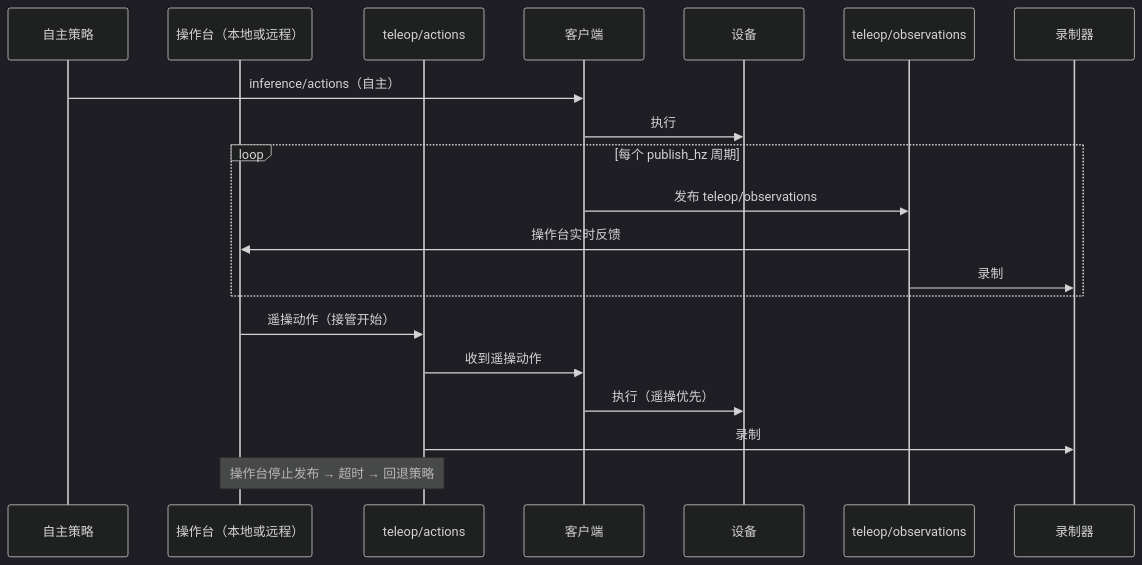
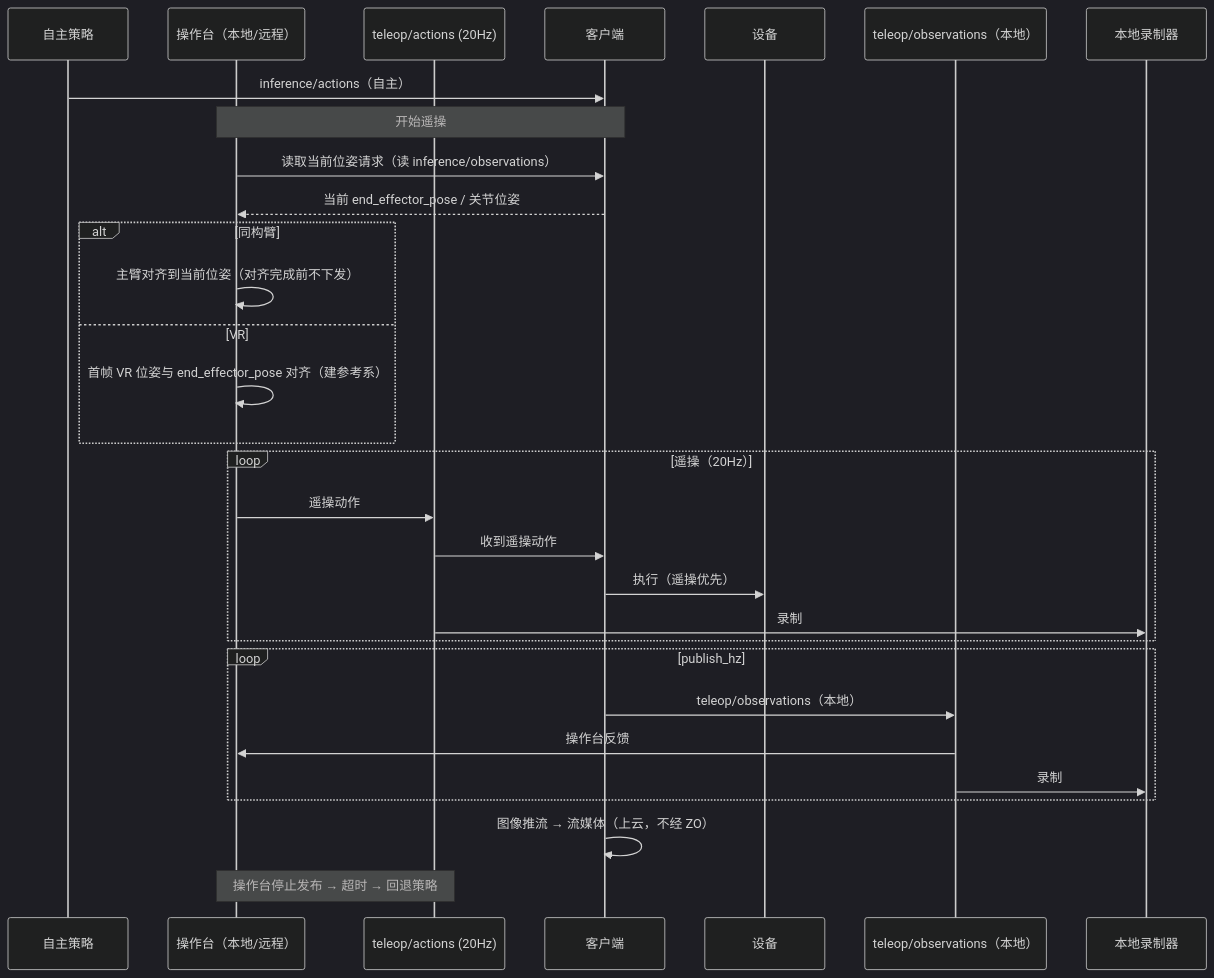
Before and after one commit to vincentguiling/cloudrobo-sdk-client: the diagram in docs/design/r2c-teleop-data-collection-design.md, drawn with Mermaid (dark theme). The commit also changed other lines of this file, not shown here.

Commit message:
docs(design): 遥操与数采 v0.5——teleop/observations 仅本地不上云、图像推拉流、同构臂对齐/VR 相对位姿、20Hz 动作

````diff
--- a/docs/design/r2c-teleop-data-collection-design.md
+++ b/docs/design/r2c-teleop-data-collection-design.md
@@ -123,23 +139,33 @@
 ```mermaid
 sequenceDiagram
     participant P as 自主策略
-    participant O as 操作台（本地或远程）
-    participant ZA as teleop/actions
+    participant O as 操作台（本地/远程）
+    participant ZA as teleop/actions (20Hz)
     participant C as 客户端
     participant F as 设备
-    participant ZO as teleop/observations
-    participant R as 录制器
+    participant ZO as teleop/observations（本地）
+    participant R as 本地录制器
 
     P->>C: inference/actions（自主）
-    C->>F: 执行
-    loop 每个 publish_hz 周期
-        C->>ZO: 发布 teleop/observations
-        ZO->>O: 操作台实时反馈
+    Note over O,C: 开始遥操
+    O->>C: 读取当前位姿请求（读 inference/observations）
+    C-->>O: 当前 end_effector_pose / 关节位姿
+    alt 同构臂
+        O->>O: 主臂对齐到当前位姿（对齐完成前不下发）
+    else VR
+        O->>O: 首帧 VR 位姿与 end_effector_pose 对齐（建参考系）
+    end
+    loop 遥操（20Hz）
+        O->>ZA: 遥操动作
+        ZA->>C: 收到遥操动作
+        C->>F: 执行（遥操优先）
+        ZA->>R: 录制
+    end
+    loop publish_hz
+        C->>ZO: teleop/observations（本地）
+        ZO->>O: 操作台反馈
         ZO->>R: 录制
     end
-    O->>ZA: 遥操动作（接管开始）
-    ZA->>C: 收到遥操动作
-    C->>F: 执行（遥操优先）
-    ZA->>R: 录制
+    C->>C: 图像推流 → 流媒体（上云，不经 ZO）
     Note over O,ZA: 操作台停止发布 → 超时 → 回退策略
 ```
````
